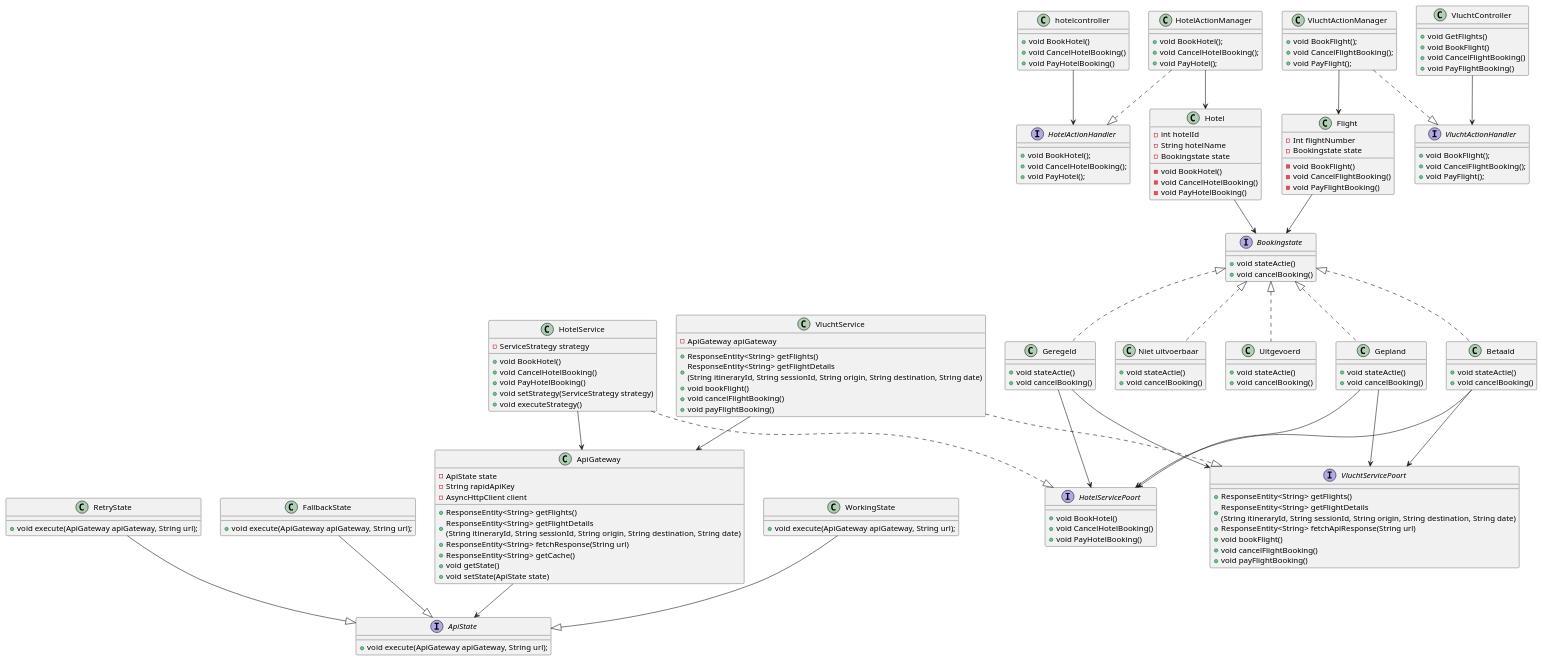
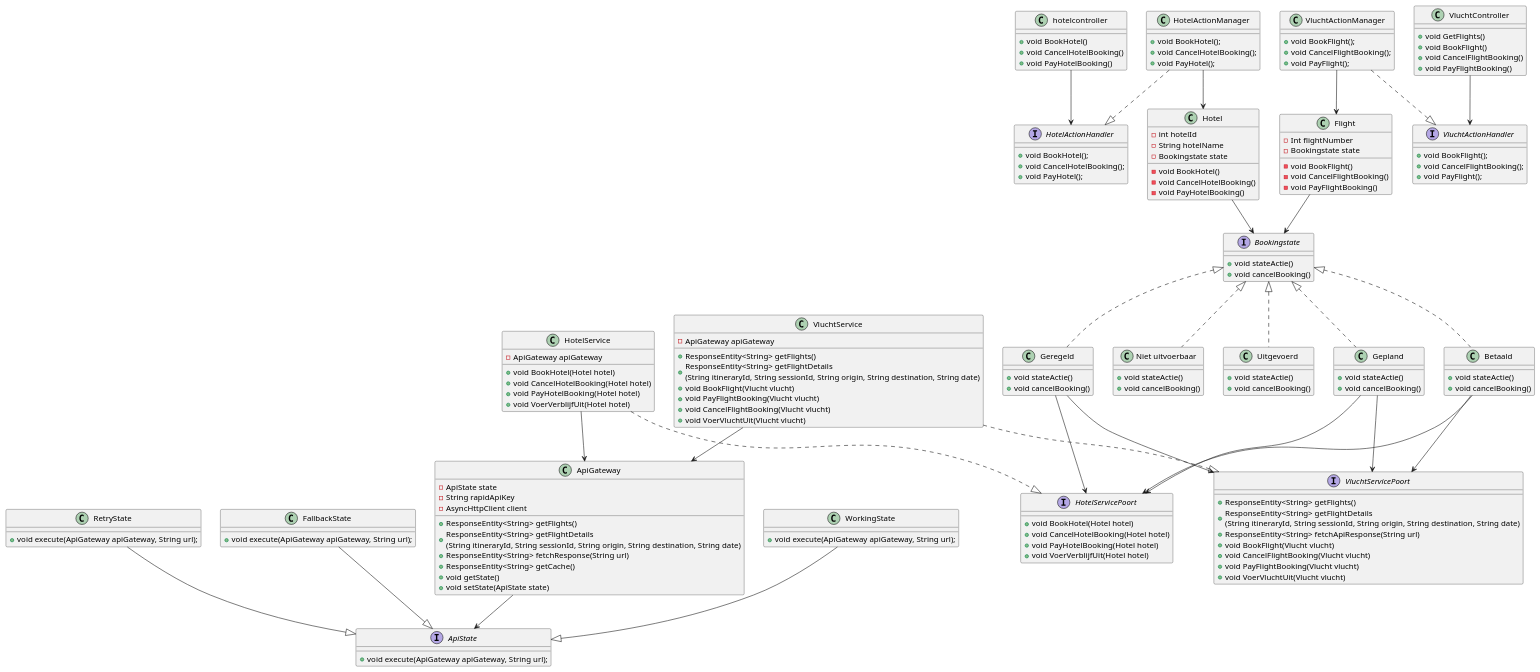
Before and after one commit to AIM-ENE-feb25/triptop-groep-b4: the diagram in prototypes/groepB4/src/main/java/triptop/groepB4/diagrammen/state_pattern_class_diagram.puml, drawn with PlantUML. The commit also changed 3 other files, not shown here.

```diff
--- a/prototypes/groepB4/src/main/java/triptop/groepB4/diagrammen/state_pattern_class_diagram.puml
+++ b/prototypes/groepB4/src/main/java/triptop/groepB4/diagrammen/state_pattern_class_diagram.puml
@@ -1,159 +1,161 @@
 @startuml
 
 'interfaces
 interface "HotelActionHandler"{
 + void BookHotel();
 + void CancelHotelBooking();
 + void PayHotel();
 }
 interface "VluchtActionHandler"{
 + void BookFlight();
 + void CancelFlightBooking();
 + void PayFlight();
 }
 interface "VluchtServicePoort"{
 + ResponseEntity<String> getFlights()
 + ResponseEntity<String> getFlightDetails\n(String itineraryId, String sessionId, String origin, String destination, String date)
 + ResponseEntity<String> fetchApiResponse(String url)
-+ void bookFlight()
-+ void cancelFlightBooking()
-+ void payFlightBooking()
++ void BookFlight(Vlucht vlucht)
++ void CancelFlightBooking(Vlucht vlucht)
++ void PayFlightBooking(Vlucht vlucht)
++ void VoerVluchtUit(Vlucht vlucht)
 }
 interface "HotelServicePoort"{
-+ void BookHotel()
-+ void CancelHotelBooking()
-+ void PayHotelBooking()
++ void BookHotel(Hotel hotel)
++ void CancelHotelBooking(Hotel hotel)
++ void PayHotelBooking(Hotel hotel)
++ void VoerVerblijfUit(Hotel hotel)
 }
 interface "Bookingstate" {
 + void stateActie()
 + void cancelBooking()
 }
 interface ApiState {
 + void execute(ApiGateway apiGateway, String url);
 }
 'classes
 class "hotelcontroller" {
 + void BookHotel()
 + void CancelHotelBooking()
 + void PayHotelBooking()
 }
 class "HotelService"{
-- ServiceStrategy strategy
-+ void BookHotel()
-+ void CancelHotelBooking()
-+ void PayHotelBooking()
-+ void setStrategy(ServiceStrategy strategy)
-+ void executeStrategy()
+- ApiGateway apiGateway
++ void BookHotel(Hotel hotel)
++ void CancelHotelBooking(Hotel hotel)
++ void PayHotelBooking(Hotel hotel)
++ void VoerVerblijfUit(Hotel hotel)
 }
 class "VluchtController"{
 + void GetFlights()
 + void BookFlight()
 + void CancelFlightBooking()
 + void PayFlightBooking()
 }
 class "VluchtService"{
 - ApiGateway apiGateway
 + ResponseEntity<String> getFlights()
 + ResponseEntity<String> getFlightDetails\n(String itineraryId, String sessionId, String origin, String destination, String date)
-+ void bookFlight()
-+ void cancelFlightBooking()
-+ void payFlightBooking()
++ void BookFlight(Vlucht vlucht)
++ void PayFlightBooking(Vlucht vlucht)
++ void CancelFlightBooking(Vlucht vlucht)
++ void VoerVluchtUit(Vlucht vlucht)
 }
 class WorkingState {
     + void execute(ApiGateway apiGateway, String url);
 }
 class RetryState {
     + void execute(ApiGateway apiGateway, String url);
 }
 
 class FallbackState {
     + void execute(ApiGateway apiGateway, String url);
 }
 class ApiGateway{
     - ApiState state
     - String rapidApiKey
     - AsyncHttpClient client
     + ResponseEntity<String> getFlights()
     + ResponseEntity<String> getFlightDetails\n(String itineraryId, String sessionId, String origin, String destination, String date)
     + ResponseEntity<String> fetchResponse(String url)
     + ResponseEntity<String> getCache()
     + void getState()
     + void setState(ApiState state)
 }
 
 class "HotelActionManager"{
 + void BookHotel();
 + void CancelHotelBooking();
 + void PayHotel();
 }
 class "VluchtActionManager"{
 + void BookFlight();
 + void CancelFlightBooking();
 + void PayFlight();
 }
 class "Gepland" {
 + void stateActie()
 + void cancelBooking()
 }
 class "Geregeld" {
 + void stateActie()
 + void cancelBooking()
 }
 class "Betaald" {
 + void stateActie()
 + void cancelBooking()
 }
 class "Niet uitvoerbaar" {
 + void stateActie()
 + void cancelBooking()
 }
 class "Uitgevoerd" {
 + void stateActie()
 + void cancelBooking()
 }
 class "Hotel" {
 - int hotelId
 - String hotelName
 - Bookingstate state
 - void BookHotel()
 - void CancelHotelBooking()
 - void PayHotelBooking()
 }
 class "Flight" {
 - Int flightNumber
 - Bookingstate state
 - void BookFlight()
 - void CancelFlightBooking()
 - void PayFlightBooking()
 }
 
 'relaties
 "hotelcontroller" --> "HotelActionHandler"
 "HotelService" 	..|> "HotelServicePoort"
 "VluchtController" --> "VluchtActionHandler"
 "VluchtService" ..|> "VluchtServicePoort"
 "VluchtService" --> "ApiGateway"
 "HotelService" --> "ApiGateway"
 "HotelActionManager" ..|> "HotelActionHandler"
 "VluchtActionManager" ..|> "VluchtActionHandler"
 "Gepland" --> "HotelServicePoort"
 "Gepland" --> "VluchtServicePoort"
 "Geregeld" --> "HotelServicePoort"
 "Geregeld" --> "VluchtServicePoort"
 "Betaald" --> "HotelServicePoort"
 "Betaald" --> "VluchtServicePoort"
 "Flight" --> "Bookingstate"
 "Hotel" --> "Bookingstate"
 "Bookingstate" <|.. "Gepland"
 "Bookingstate" <|.. "Geregeld"
 "Bookingstate" <|.. "Betaald"
 "Bookingstate" <|.. "Niet uitvoerbaar"
 "Bookingstate" <|.. "Uitgevoerd"
 "VluchtActionManager" --> "Flight"
 "HotelActionManager" --> "Hotel"
 "ApiGateway" --> "ApiState"
 "WorkingState" --|> "ApiState"
 "RetryState" --|> "ApiState"
 "FallbackState" --|> "ApiState"
 
 @enduml
```
